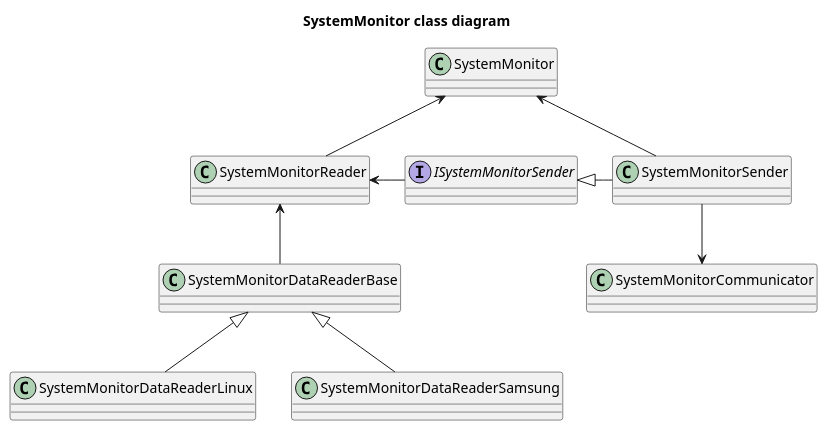
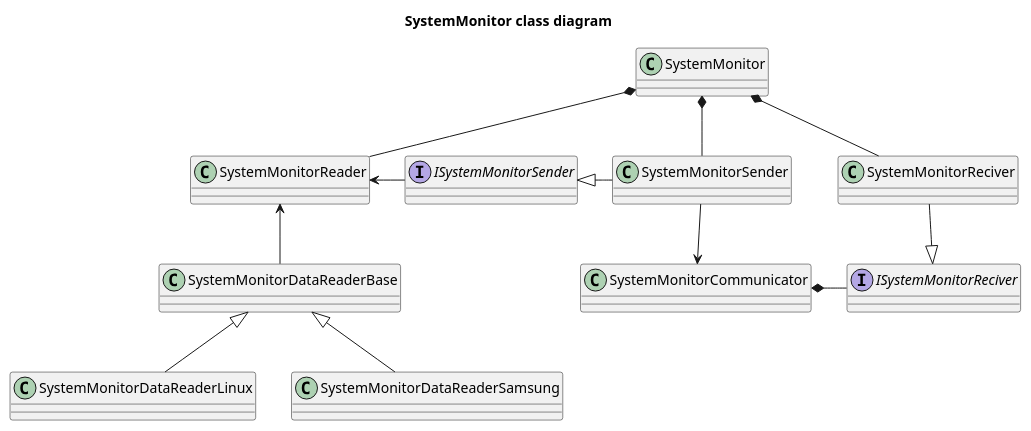
One commit to graycoral/SystemMonitor changed the diagram in doc/class_diagram.pu. Above: the diagram before and after it, drawn with PlantUML. The commit also changed 5 other files, not shown here.

Commit message:
Update README.md and plantuml files

```diff
--- a/doc/class_diagram.pu
+++ b/doc/class_diagram.pu
@@ -2,25 +2,33 @@
 @startuml
 
 title SystemMonitor class diagram
 
 class SystemMonitor
 
 interface ISystemMonitorSender
+interface ISystemMonitorReciver
+
 class SystemMonitorReader
 class SystemMonitorDataReaderBase
 class SystemMonitorDataReaderLinux
 class SystemMonitorDataReaderSamsung
 class SystemMonitorCommunicator
+class SystemMonitorReciver
 
-SystemMonitorReader -up-> SystemMonitor
-SystemMonitorSender -up-> SystemMonitor
+SystemMonitorReciver -down-|> ISystemMonitorReciver
+
+SystemMonitorReader -up-* SystemMonitor
+SystemMonitorSender -up-* SystemMonitor
+SystemMonitorReciver -up-* SystemMonitor
 
 SystemMonitorDataReaderBase -up-> SystemMonitorReader
 SystemMonitorDataReaderLinux -up-|> SystemMonitorDataReaderBase
 SystemMonitorDataReaderSamsung -up-|> SystemMonitorDataReaderBase
 
 ISystemMonitorSender -left-> SystemMonitorReader
 SystemMonitorSender -left-|> ISystemMonitorSender
 SystemMonitorSender -down-> SystemMonitorCommunicator
 
+SystemMonitorCommunicator *-right- ISystemMonitorReciver
+
 @enduml
```
